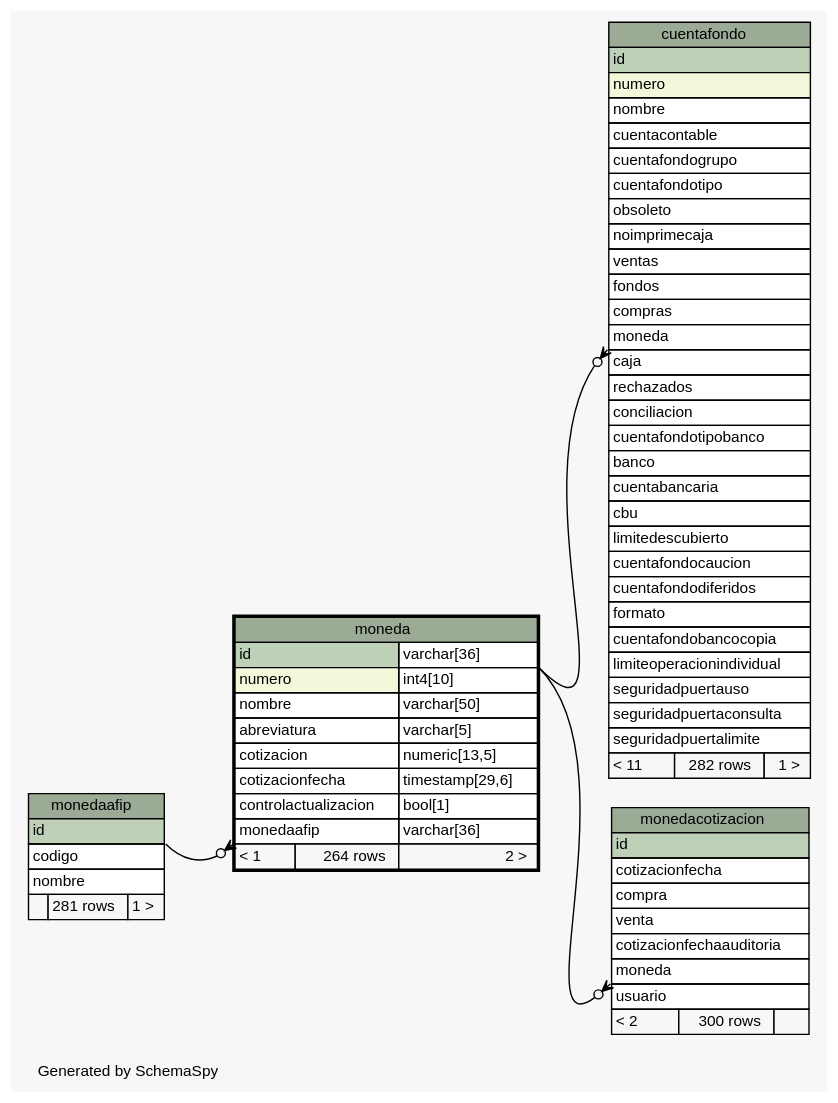
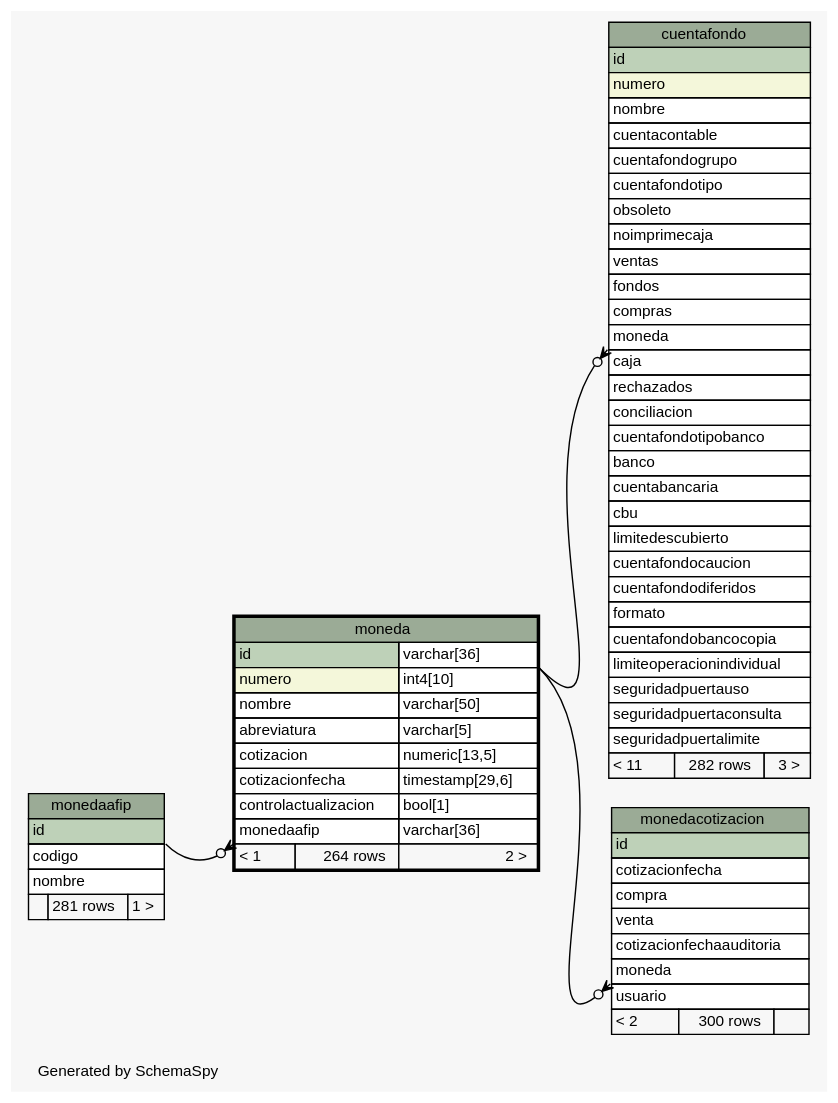
Before and after one commit to diegopablomansilla/massoftware_front: the diagram in postgresql/schemaSpy/salida/diagrams/moneda.1degree.dot, drawn with Graphviz. The commit also changed 284 other files, not shown here.

```diff
--- a/postgresql/schemaSpy/salida/diagrams/moneda.1degree.dot
+++ b/postgresql/schemaSpy/salida/diagrams/moneda.1degree.dot
@@ -1,107 +1,107 @@
 // dot 2.2.1 on Windows 10 10.0
 // SchemaSpy rev 590
 digraph "oneDegreeRelationshipsDiagram" {
   graph [
     rankdir="RL"
     bgcolor="#f7f7f7"
     label="\nGenerated by SchemaSpy"
     labeljust="l"
     nodesep="0.18"
     ranksep="0.46"
     fontname="Helvetica"
     fontsize="11"
   ];
   node [
     fontname="Helvetica"
     fontsize="11"
     shape="plaintext"
   ];
   edge [
     arrowsize="0.8"
   ];
   "cuentafondo":"moneda":sw -> "moneda":"id.type":se [arrowhead=none dir=back arrowtail=crowodot];
   "moneda":"monedaafip":sw -> "monedaafip":"id":se [arrowhead=none dir=back arrowtail=crowodot];
   "monedacotizacion":"moneda":sw -> "moneda":"id.type":se [arrowhead=none dir=back arrowtail=crowodot];
   "cuentafondo" [
     label=<
     <TABLE BORDER="0" CELLBORDER="1" CELLSPACING="0" BGCOLOR="#ffffff">
       <TR><TD COLSPAN="3" BGCOLOR="#9bab96" ALIGN="CENTER">cuentafondo</TD></TR>
       <TR><TD PORT="id" COLSPAN="3" BGCOLOR="#bed1b8" ALIGN="LEFT">id</TD></TR>
       <TR><TD PORT="numero" COLSPAN="3" BGCOLOR="#f4f7da" ALIGN="LEFT">numero</TD></TR>
       <TR><TD PORT="nombre" COLSPAN="3" ALIGN="LEFT">nombre</TD></TR>
       <TR><TD PORT="cuentacontable" COLSPAN="3" ALIGN="LEFT">cuentacontable</TD></TR>
       <TR><TD PORT="cuentafondogrupo" COLSPAN="3" ALIGN="LEFT">cuentafondogrupo</TD></TR>
       <TR><TD PORT="cuentafondotipo" COLSPAN="3" ALIGN="LEFT">cuentafondotipo</TD></TR>
       <TR><TD PORT="obsoleto" COLSPAN="3" ALIGN="LEFT">obsoleto</TD></TR>
       <TR><TD PORT="noimprimecaja" COLSPAN="3" ALIGN="LEFT">noimprimecaja</TD></TR>
       <TR><TD PORT="ventas" COLSPAN="3" ALIGN="LEFT">ventas</TD></TR>
       <TR><TD PORT="fondos" COLSPAN="3" ALIGN="LEFT">fondos</TD></TR>
       <TR><TD PORT="compras" COLSPAN="3" ALIGN="LEFT">compras</TD></TR>
       <TR><TD PORT="moneda" COLSPAN="3" ALIGN="LEFT">moneda</TD></TR>
       <TR><TD PORT="caja" COLSPAN="3" ALIGN="LEFT">caja</TD></TR>
       <TR><TD PORT="rechazados" COLSPAN="3" ALIGN="LEFT">rechazados</TD></TR>
       <TR><TD PORT="conciliacion" COLSPAN="3" ALIGN="LEFT">conciliacion</TD></TR>
       <TR><TD PORT="cuentafondotipobanco" COLSPAN="3" ALIGN="LEFT">cuentafondotipobanco</TD></TR>
       <TR><TD PORT="banco" COLSPAN="3" ALIGN="LEFT">banco</TD></TR>
       <TR><TD PORT="cuentabancaria" COLSPAN="3" ALIGN="LEFT">cuentabancaria</TD></TR>
       <TR><TD PORT="cbu" COLSPAN="3" ALIGN="LEFT">cbu</TD></TR>
       <TR><TD PORT="limitedescubierto" COLSPAN="3" ALIGN="LEFT">limitedescubierto</TD></TR>
       <TR><TD PORT="cuentafondocaucion" COLSPAN="3" ALIGN="LEFT">cuentafondocaucion</TD></TR>
       <TR><TD PORT="cuentafondodiferidos" COLSPAN="3" ALIGN="LEFT">cuentafondodiferidos</TD></TR>
       <TR><TD PORT="formato" COLSPAN="3" ALIGN="LEFT">formato</TD></TR>
       <TR><TD PORT="cuentafondobancocopia" COLSPAN="3" ALIGN="LEFT">cuentafondobancocopia</TD></TR>
       <TR><TD PORT="limiteoperacionindividual" COLSPAN="3" ALIGN="LEFT">limiteoperacionindividual</TD></TR>
       <TR><TD PORT="seguridadpuertauso" COLSPAN="3" ALIGN="LEFT">seguridadpuertauso</TD></TR>
       <TR><TD PORT="seguridadpuertaconsulta" COLSPAN="3" ALIGN="LEFT">seguridadpuertaconsulta</TD></TR>
       <TR><TD PORT="seguridadpuertalimite" COLSPAN="3" ALIGN="LEFT">seguridadpuertalimite</TD></TR>
-      <TR><TD ALIGN="LEFT" BGCOLOR="#f7f7f7">&lt; 11</TD><TD ALIGN="RIGHT" BGCOLOR="#f7f7f7">282 rows</TD><TD ALIGN="RIGHT" BGCOLOR="#f7f7f7">1 &gt;</TD></TR>
+      <TR><TD ALIGN="LEFT" BGCOLOR="#f7f7f7">&lt; 11</TD><TD ALIGN="RIGHT" BGCOLOR="#f7f7f7">282 rows</TD><TD ALIGN="RIGHT" BGCOLOR="#f7f7f7">3 &gt;</TD></TR>
     </TABLE>>
     URL="cuentafondo.html"
     tooltip="cuentafondo"
   ];
   "moneda" [
     label=<
     <TABLE BORDER="2" CELLBORDER="1" CELLSPACING="0" BGCOLOR="#ffffff">
       <TR><TD COLSPAN="3" BGCOLOR="#9bab96" ALIGN="CENTER">moneda</TD></TR>
       <TR><TD PORT="id" COLSPAN="2" BGCOLOR="#bed1b8" ALIGN="LEFT">id</TD><TD PORT="id.type" ALIGN="LEFT">varchar[36]</TD></TR>
       <TR><TD PORT="numero" COLSPAN="2" BGCOLOR="#f4f7da" ALIGN="LEFT">numero</TD><TD PORT="numero.type" ALIGN="LEFT">int4[10]</TD></TR>
       <TR><TD PORT="nombre" COLSPAN="2" ALIGN="LEFT">nombre</TD><TD PORT="nombre.type" ALIGN="LEFT">varchar[50]</TD></TR>
       <TR><TD PORT="abreviatura" COLSPAN="2" ALIGN="LEFT">abreviatura</TD><TD PORT="abreviatura.type" ALIGN="LEFT">varchar[5]</TD></TR>
       <TR><TD PORT="cotizacion" COLSPAN="2" ALIGN="LEFT">cotizacion</TD><TD PORT="cotizacion.type" ALIGN="LEFT">numeric[13,5]</TD></TR>
       <TR><TD PORT="cotizacionfecha" COLSPAN="2" ALIGN="LEFT">cotizacionfecha</TD><TD PORT="cotizacionfecha.type" ALIGN="LEFT">timestamp[29,6]</TD></TR>
       <TR><TD PORT="controlactualizacion" COLSPAN="2" ALIGN="LEFT">controlactualizacion</TD><TD PORT="controlactualizacion.type" ALIGN="LEFT">bool[1]</TD></TR>
       <TR><TD PORT="monedaafip" COLSPAN="2" ALIGN="LEFT">monedaafip</TD><TD PORT="monedaafip.type" ALIGN="LEFT">varchar[36]</TD></TR>
       <TR><TD ALIGN="LEFT" BGCOLOR="#f7f7f7">&lt; 1</TD><TD ALIGN="RIGHT" BGCOLOR="#f7f7f7">264 rows</TD><TD ALIGN="RIGHT" BGCOLOR="#f7f7f7">2 &gt;</TD></TR>
     </TABLE>>
     URL="moneda.html"
     tooltip="moneda"
   ];
   "monedaafip" [
     label=<
     <TABLE BORDER="0" CELLBORDER="1" CELLSPACING="0" BGCOLOR="#ffffff">
       <TR><TD COLSPAN="3" BGCOLOR="#9bab96" ALIGN="CENTER">monedaafip</TD></TR>
       <TR><TD PORT="id" COLSPAN="3" BGCOLOR="#bed1b8" ALIGN="LEFT">id</TD></TR>
       <TR><TD PORT="codigo" COLSPAN="3" ALIGN="LEFT">codigo</TD></TR>
       <TR><TD PORT="nombre" COLSPAN="3" ALIGN="LEFT">nombre</TD></TR>
       <TR><TD ALIGN="LEFT" BGCOLOR="#f7f7f7">  </TD><TD ALIGN="RIGHT" BGCOLOR="#f7f7f7">281 rows</TD><TD ALIGN="RIGHT" BGCOLOR="#f7f7f7">1 &gt;</TD></TR>
     </TABLE>>
     URL="monedaafip.html"
     tooltip="monedaafip"
   ];
   "monedacotizacion" [
     label=<
     <TABLE BORDER="0" CELLBORDER="1" CELLSPACING="0" BGCOLOR="#ffffff">
       <TR><TD COLSPAN="3" BGCOLOR="#9bab96" ALIGN="CENTER">monedacotizacion</TD></TR>
       <TR><TD PORT="id" COLSPAN="3" BGCOLOR="#bed1b8" ALIGN="LEFT">id</TD></TR>
       <TR><TD PORT="cotizacionfecha" COLSPAN="3" ALIGN="LEFT">cotizacionfecha</TD></TR>
       <TR><TD PORT="compra" COLSPAN="3" ALIGN="LEFT">compra</TD></TR>
       <TR><TD PORT="venta" COLSPAN="3" ALIGN="LEFT">venta</TD></TR>
       <TR><TD PORT="cotizacionfechaauditoria" COLSPAN="3" ALIGN="LEFT">cotizacionfechaauditoria</TD></TR>
       <TR><TD PORT="moneda" COLSPAN="3" ALIGN="LEFT">moneda</TD></TR>
       <TR><TD PORT="usuario" COLSPAN="3" ALIGN="LEFT">usuario</TD></TR>
       <TR><TD ALIGN="LEFT" BGCOLOR="#f7f7f7">&lt; 2</TD><TD ALIGN="RIGHT" BGCOLOR="#f7f7f7">300 rows</TD><TD ALIGN="RIGHT" BGCOLOR="#f7f7f7">  </TD></TR>
     </TABLE>>
     URL="monedacotizacion.html"
     tooltip="monedacotizacion"
   ];
 }
```
